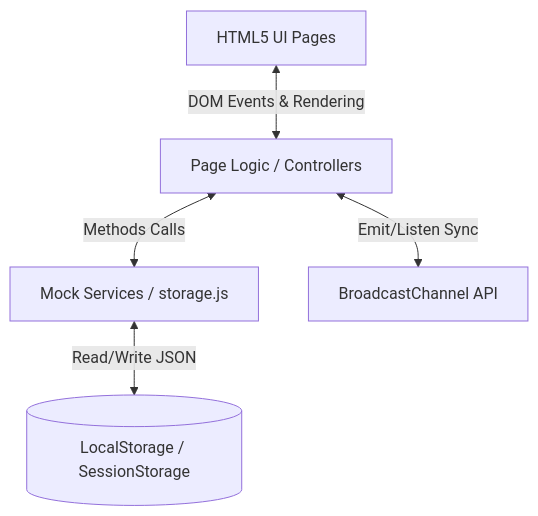
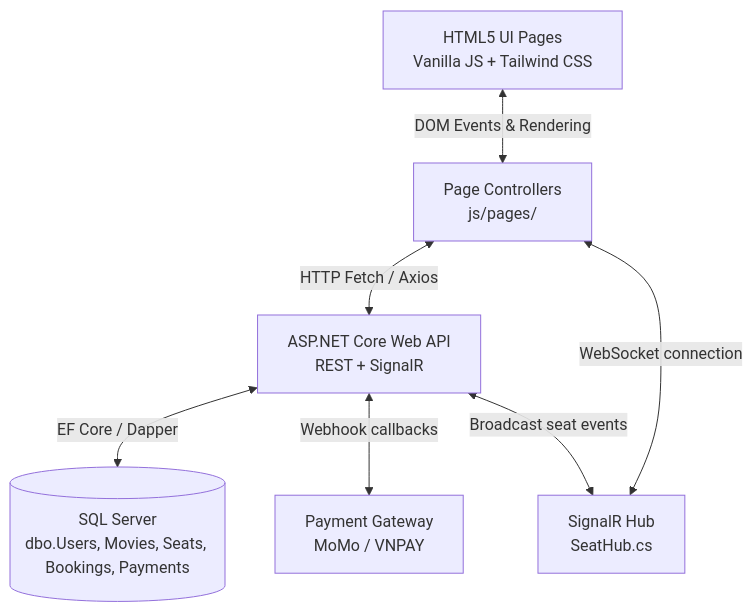
One commit to doctor-cato/web-application-development changed the diagram in Docs/architecture/overview.md. Above: the diagram before and after it, drawn with Mermaid. The commit also changed other lines of this file and 42 other files, not shown here.

````diff
--- a/Docs/architecture/overview.md
+++ b/Docs/architecture/overview.md
@@ -9,13 +11,16 @@
 ```mermaid
 graph TD
-    UI[HTML5 UI Pages]
-    Pages[Page Logic / Controllers]
-    Services[Mock Services / storage.js]
-    LS[(LocalStorage / SessionStorage)]
-    BC[BroadcastChannel API]
-    
+    UI[HTML5 UI Pages<br/>Vanilla JS + Tailwind CSS]
+    Pages[Page Controllers<br/>js/pages/]
+    API[ASP.NET Core Web API<br/>REST + SignalR]
+    DB[(SQL Server<br/>dbo.Users, Movies, Seats, Bookings, Payments)]
+    Payment[Payment Gateway<br/>MoMo / VNPAY]
+    SignalR[SignalR Hub<br/>SeatHub.cs]
+
     UI <-->|DOM Events & Rendering| Pages
-    Pages <-->|Methods Calls| Services
-    Services <-->|Read/Write JSON| LS
-    Pages <-->|Emit/Listen Sync| BC
+    Pages <-->|HTTP Fetch / Axios| API
+    API <-->|EF Core / Dapper| DB
+    API <-->|Webhook callbacks| Payment
+    API <-->|Broadcast seat events| SignalR
+    SignalR <-->|WebSocket connection| Pages
 ```
````
